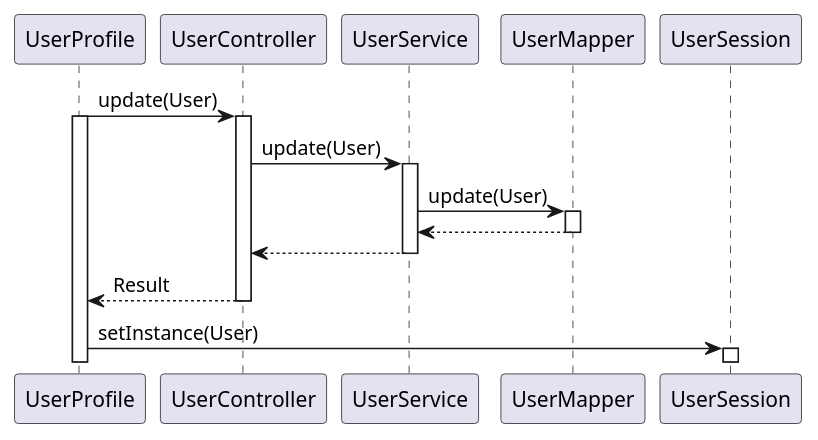
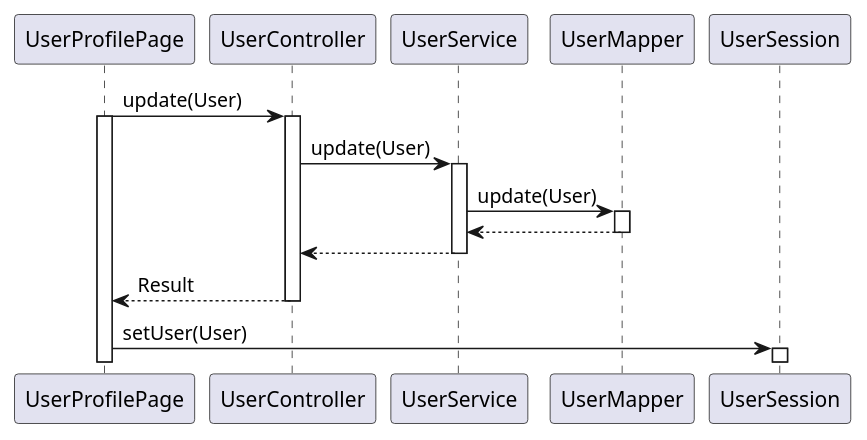
One commit to leidZhang/Nutrifit changed the diagram in doc/seq/updateUser.puml. Above: the diagram before and after it, drawn with PlantUML. The commit also changed 35 other files, not shown here.

Commit message:
sequence diagrams

```diff
--- a/doc/seq/updateUser.puml
+++ b/doc/seq/updateUser.puml
@@ -1,23 +1,23 @@
 @startuml
-UserProfile -> UserController: update(User)
-activate UserProfile
+UserProfilePage -> UserController: update(User)
+activate UserProfilePage
 activate UserController
 
 UserController -> UserService: update(User)
 activate UserService
 
 UserService -> UserMapper: update(User)
 activate UserMapper
 
 UserMapper --> UserService:
 deactivate UserMapper
 
 UserService --> UserController:
 deactivate UserService
 
-UserController --> UserProfile: Result
+UserController --> UserProfilePage: Result
 deactivate UserController
-UserProfile -> UserSession: setInstance(User)
+UserProfilePage -> UserSession: setUser(User)
 activate UserSession
 
 @enduml
```
